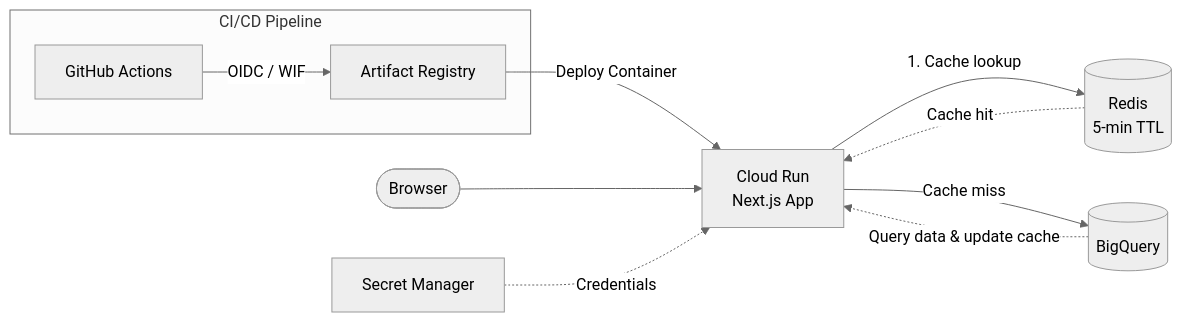
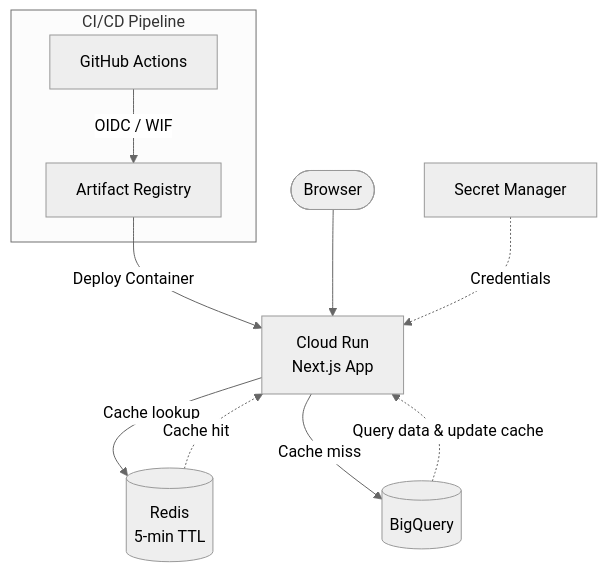
One commit to jorgedonoso/barx changed the diagram in README.md. Above: the diagram before and after it, drawn with Mermaid (neutral theme). The commit also changed other lines of this file, not shown here.

````diff
--- a/README.md
+++ b/README.md
@@ -11,18 +13,18 @@
 ```mermaid
-flowchart LR
+flowchart TB
     subgraph CI/CD ["CI/CD Pipeline"]
         GH[GitHub Actions] -->|OIDC / WIF| AR[Artifact Registry]
     end
 
     AR -->|Deploy Container| CR[Cloud Run<br/>Next.js App]
 
     User([Browser]) --> CR
 
-    CR -->|1. Cache lookup| Redis[(Redis<br/>5-min TTL)]
+    CR -->|Cache lookup| Redis[(Redis<br/>5-min TTL)]
     Redis -.->|Cache hit| CR
 
     CR -->|Cache miss| BQ[(BigQuery)]
     BQ -.->|Query data & update cache| CR
 
     SM[Secret Manager] -.->|Credentials| CR
 ```
````
